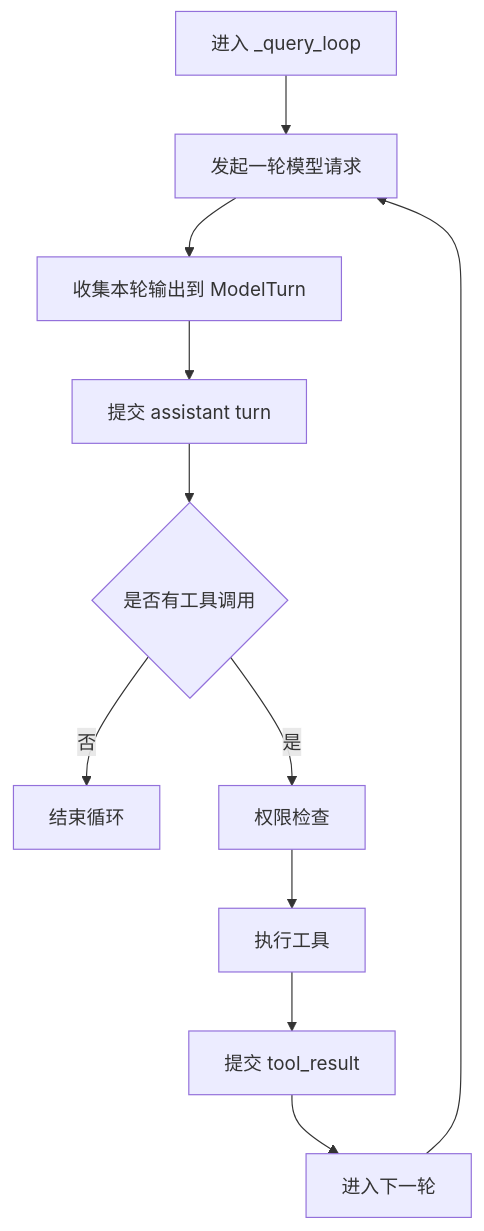
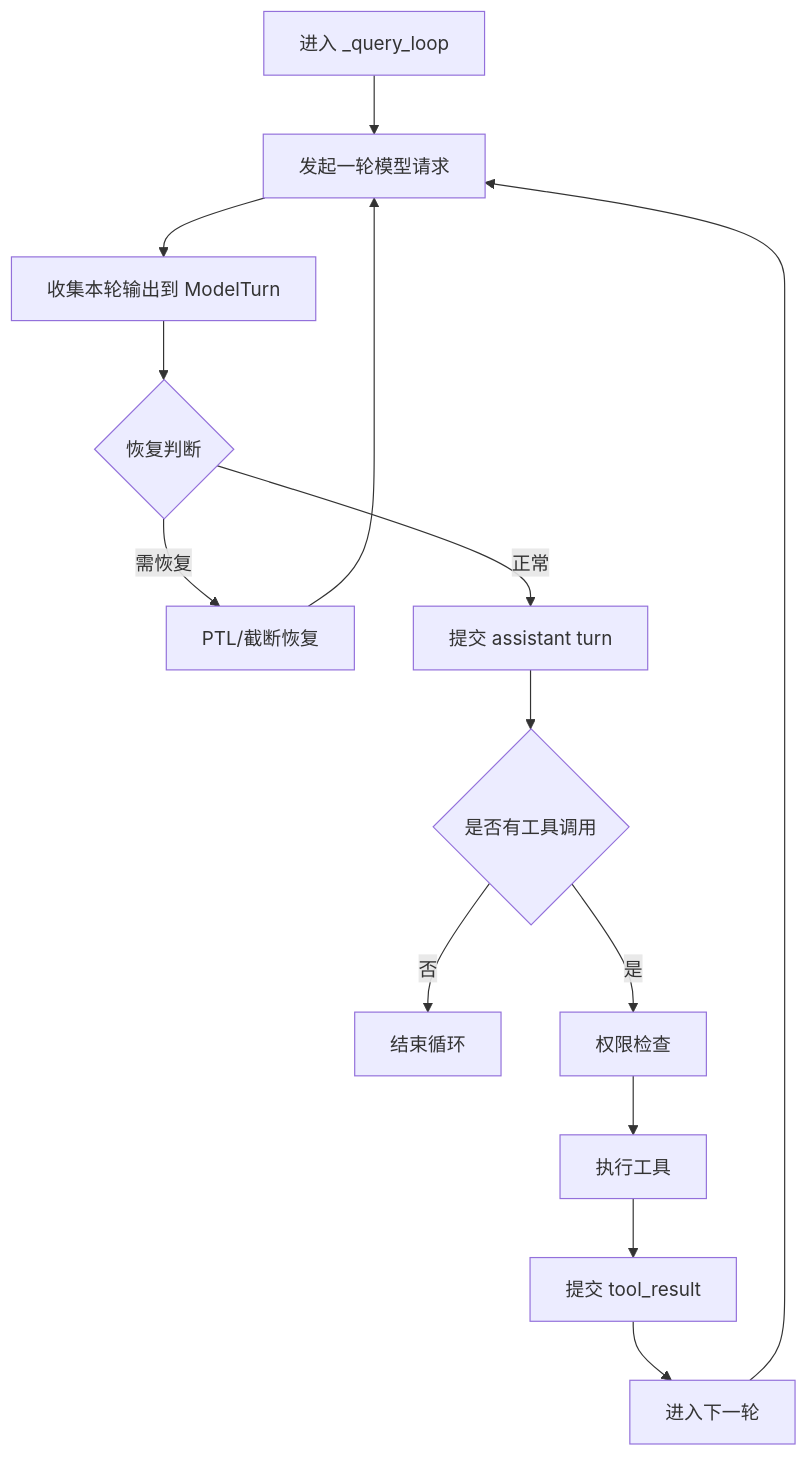
Before and after one commit to luoz6/XxCode: the first of 2 diagrams in docs/agent-loop-query-engine-and-loop-explained.md, drawn with Mermaid. The commit also changed other lines of this file and 6 other files, not shown here.

````diff
--- a/docs/agent-loop-query-engine-and-loop-explained.md
+++ b/docs/agent-loop-query-engine-and-loop-explained.md
@@ -38,13 +38,15 @@
 ```mermaid
 flowchart TD
     A[进入 _query_loop] --> B[发起一轮模型请求]
     B --> C[收集本轮输出到 ModelTurn]
-    C --> D[提交 assistant turn]
-    D --> E{是否有工具调用}
-    E -- 否 --> F[结束循环]
-    E -- 是 --> G[权限检查]
-    G --> H[执行工具]
-    H --> I[提交 tool_result]
-    I --> J[进入下一轮]
-    J --> B
+    C --> D{恢复判断}
+    D -- 需恢复 --> D2[PTL/截断恢复] --> B
+    D -- 正常 --> E[提交 assistant turn]
+    E --> F{是否有工具调用}
+    F -- 否 --> G[结束循环]
+    F -- 是 --> H[权限检查]
+    H --> I[执行工具]
+    I --> J[提交 tool_result]
+    J --> K[进入下一轮]
+    K --> B
 ```
````
